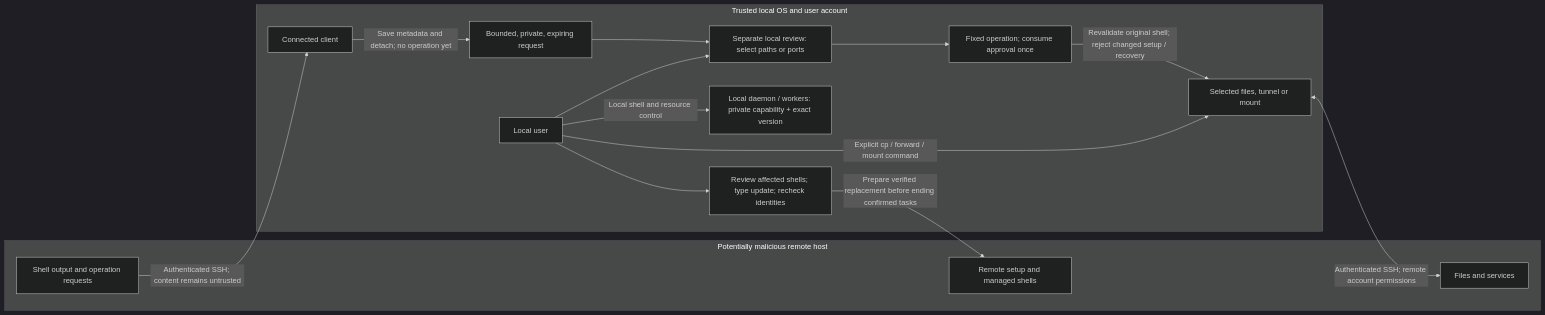
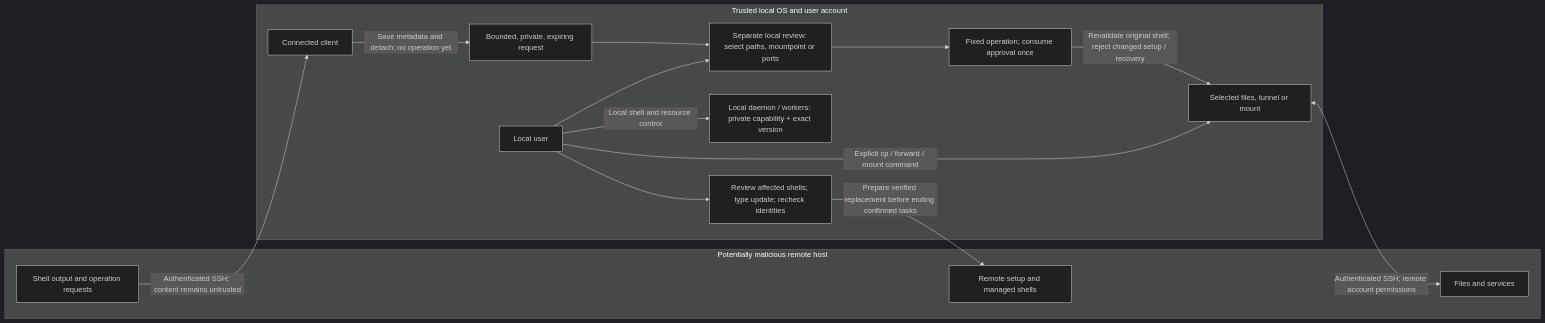
Before and after one commit to jay-waves/sshore: the diagram in SECURITY.md, drawn with Mermaid (dark theme). The commit also changed other lines of this file and 52 other files, not shown here.

Commit message:
Release 0.6.11: streamline task views and share mount approval flow

````diff
--- a/SECURITY.md
+++ b/SECURITY.md
@@ -33,29 +33,29 @@
 ```mermaid
 flowchart LR
     subgraph remote["Potentially malicious remote host"]
         shell["Shell output and operation requests"]
         service["Files and services"]
         setup["Remote setup and managed shells"]
     end
     subgraph local["Trusted local OS and user account"]
         client["Connected client"]
         pending["Bounded, private, expiring request"]
         user["Local user"]
-        review["Separate local review: select paths or ports"]
+        review["Separate local review: select paths, mountpoint or ports"]
         grant["Fixed operation; consume approval once"]
         resources["Selected files, tunnel or mount"]
         control["Local daemon / workers: private capability + exact version"]
         update["Review affected shells; type update; recheck identities"]
     end
     shell -->|"Authenticated SSH; content remains untrusted"| client
     client -->|"Save metadata and detach; no operation yet"| pending
     pending --> review
     user --> review
     review --> grant
     grant -->|"Revalidate original shell; reject changed setup / recovery"| resources
     user -->|"Explicit cp / forward / mount command"| resources
     resources <-->|"Authenticated SSH; remote account permissions"| service
     user -->|"Local shell and resource control"| control
     user --> update
     update -->|"Prepare verified replacement before ending confirmed tasks"| setup
 ```
````
